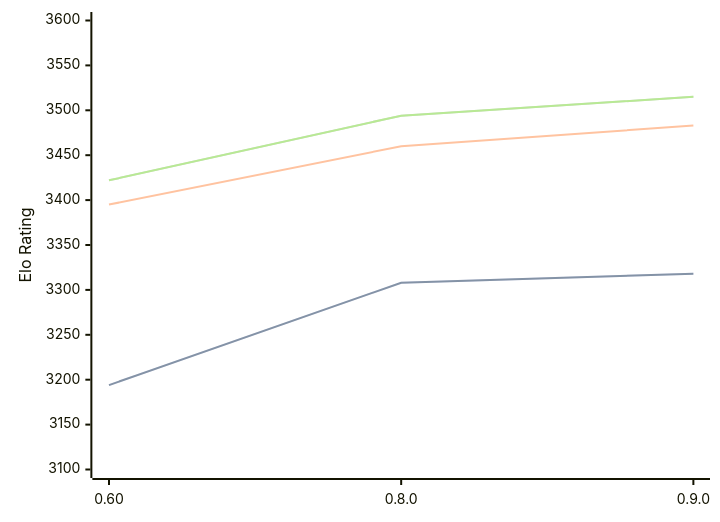
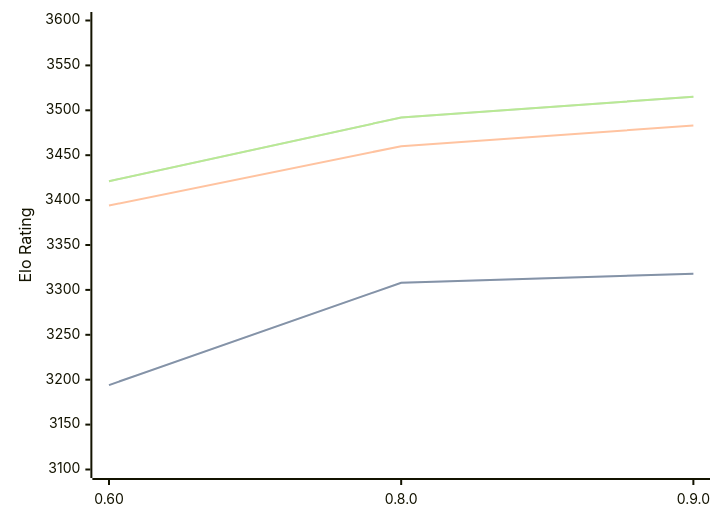
One commit to computer-chess-index/cci changed the third of 3 diagrams in engines/Motor.md. Above: the diagram before and after it, drawn with Mermaid. The commit also changed other lines of this file, not shown here.

Commit message:
Update CCI Ratings (ELO VLTC) - 2026-06-19

````diff
--- a/engines/Motor.md
+++ b/engines/Motor.md
@@ -72,11 +72,11 @@
 ```mermaid
 %%{init: {"theme":"base","themeVariables":{"seriesColors:['#a3a3a3','#222221','#faa371']}}}%%
 xychart-beta
   x-axis ["0.60", "0.8.0", "0.9.0"]
   y-axis "Elo Rating" 3100 --> 3600
   line "STC (8.0+0.08s)" [3194, 3308, 3318]
   line "STC (8.0+0.08s)" [3194, 3308, 3318]
-  line "LTC (60.0+0.60s)" [3395, 3460, 3483]
-  line "VLTC (2m24s+1.12s)" [3422, 3494, 3515]
-  line "VLTC (2m24s+1.12s)" [3422, 3494, 3515]
+  line "LTC (60.0+0.60s)" [3394, 3460, 3483]
+  line "VLTC (2m24s+1.12s)" [3421, 3492, 3515]
+  line "VLTC (2m24s+1.12s)" [3421, 3492, 3515]
 ```
````
